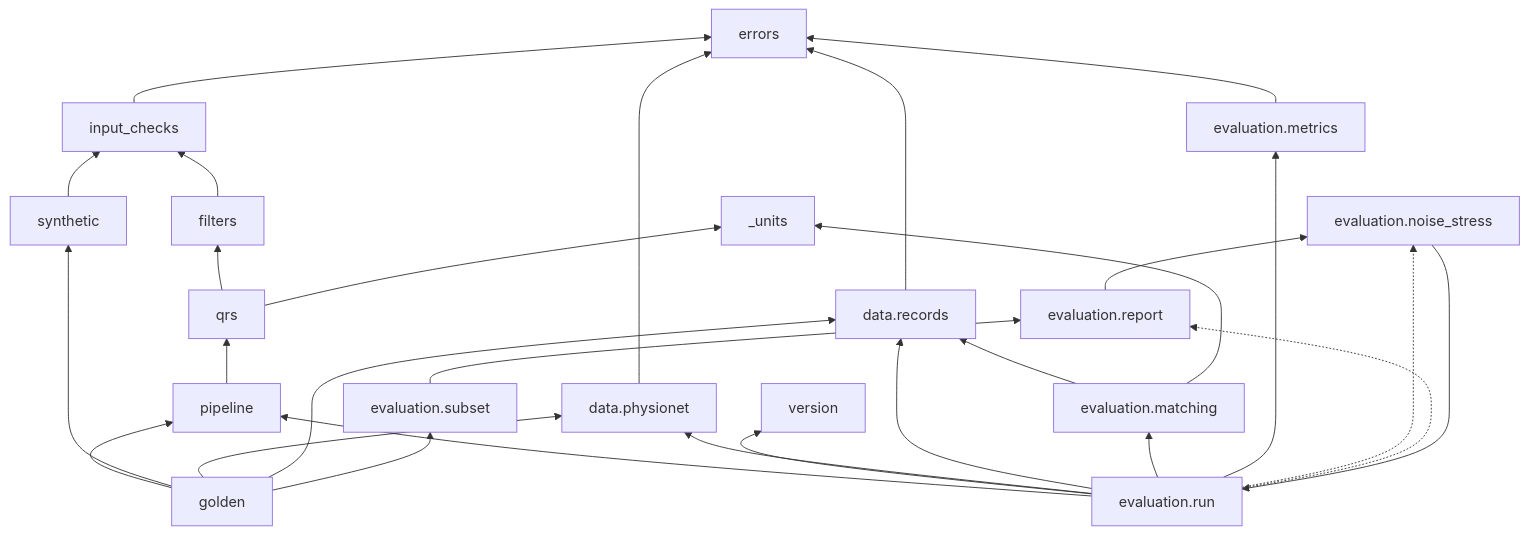
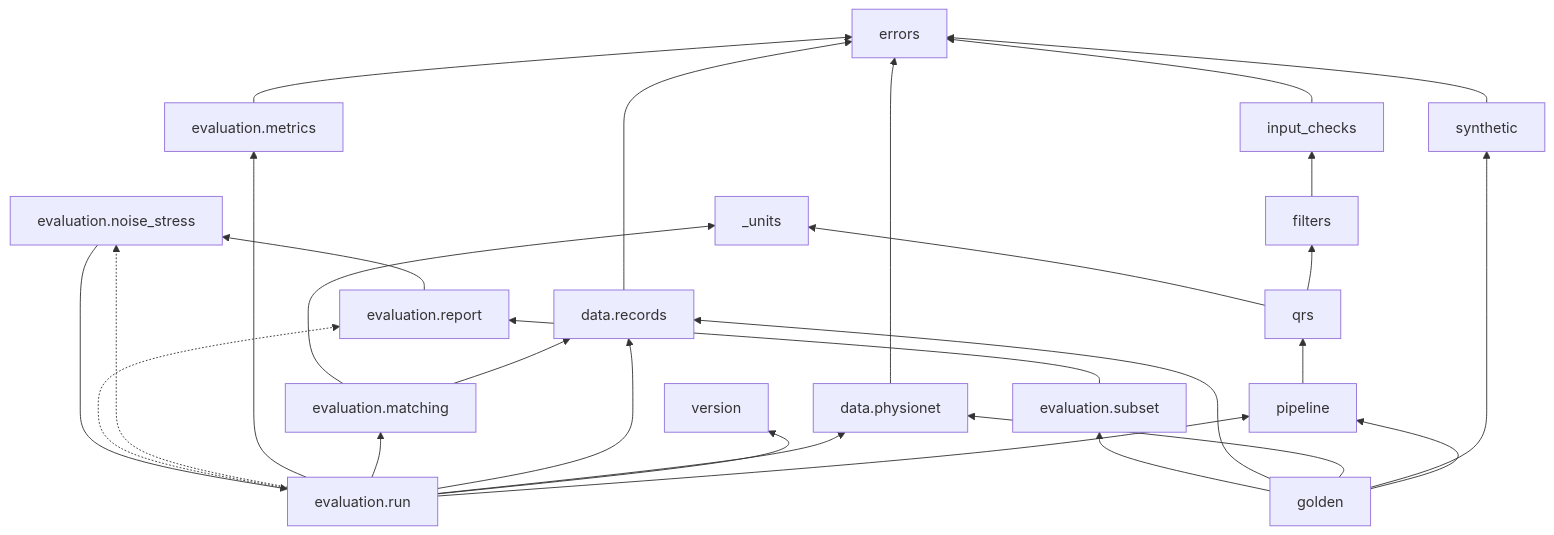
The second of 2 diagrams in docs/regulatory/architecture.md (andreafatuzzo/sinus-ecg), drawn with Mermaid before and after one commit. The commit also changed other lines of this file, not shown here.

First line of the commit message:
Architecture v0.2.10: subset check formats, golden-vector design completed

````diff
--- a/docs/regulatory/architecture.md
+++ b/docs/regulatory/architecture.md
@@ -1407,33 +1472,33 @@
 ```mermaid
 flowchart BT
   errors["errors"]
   units["_units"]
   checks["input_checks"] --> errors
   filters["filters"] --> checks
   qrs["qrs"] --> filters
   qrs --> units
   pipeline["pipeline"] --> qrs
-  synthetic["synthetic"] --> checks
+  synthetic["synthetic"] --> errors
   physionet["data.physionet"] --> errors
   records["data.records"] --> errors
   matching["evaluation.matching"] --> records
   matching --> units
   metrics["evaluation.metrics"] --> errors
   version["version"]
   run["evaluation.run"] --> pipeline
   run --> version
   run --> physionet
   run --> records
   run --> matching
   run --> metrics
   noise["evaluation.noise_stress"] --> run
   report["evaluation.report"] --> noise
   run -.-> noise
   run -.-> report
   subset["evaluation.subset"] --> report
   golden["golden"] --> pipeline
   golden --> synthetic
   golden --> physionet
   golden --> records
   golden --> subset
 ```
````
